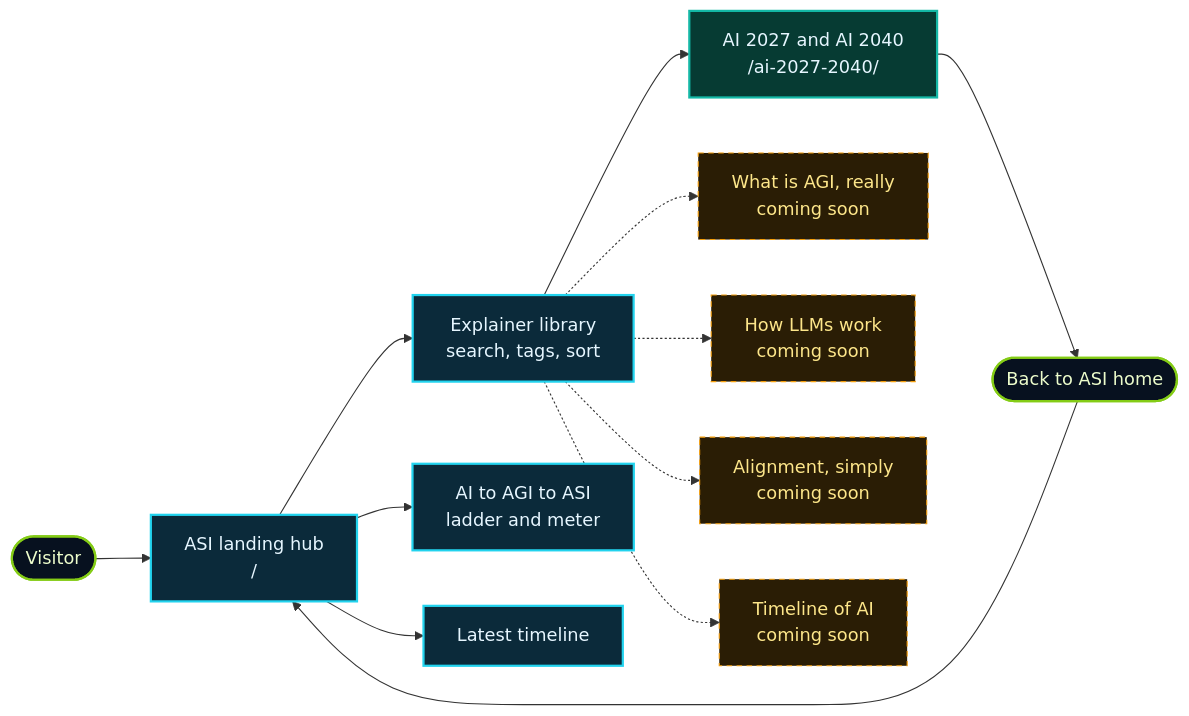
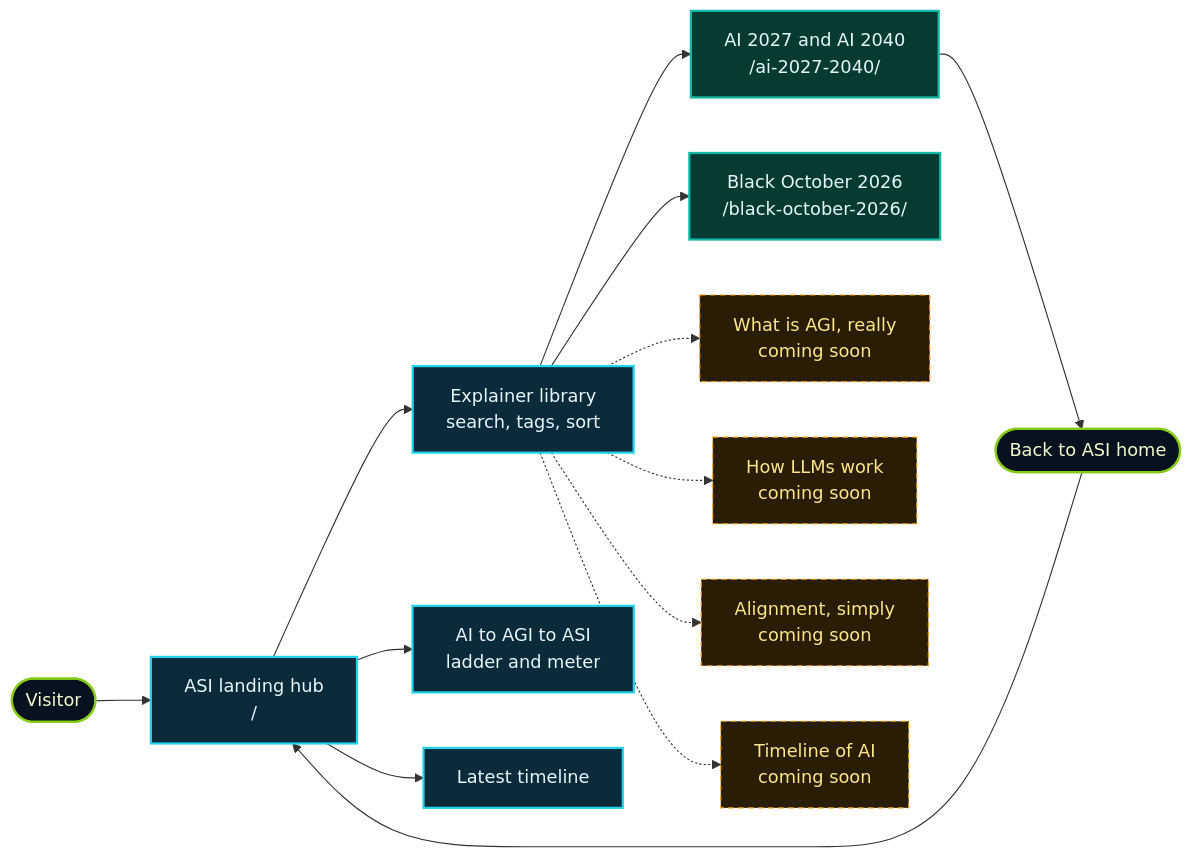
One commit to lo3elyon/ASI changed the first of 8 diagrams in README.md. Above: the diagram before and after it, drawn with Mermaid. The commit also changed other lines of this file, not shown here.

Commit message:
README: document Black October 2026 explainer (routes, deep dive, videos, architecture, sources)

````diff
--- a/README.md
+++ b/README.md
@@ -61,22 +63,23 @@
 ```mermaid
 flowchart LR
     V(["Visitor"]) --> H["ASI landing hub<br/>/"]
     H --> L["Explainer library<br/>search, tags, sort"]
     H --> G["AI to AGI to ASI<br/>ladder and meter"]
     H --> T["Latest timeline"]
     L --> E1["AI 2027 and AI 2040<br/>/ai-2027-2040/"]
+    L --> E6["Black October 2026<br/>/black-october-2026/"]
     L -.-> E2["What is AGI, really<br/>coming soon"]
     L -.-> E3["How LLMs work<br/>coming soon"]
     L -.-> E4["Alignment, simply<br/>coming soon"]
     L -.-> E5["Timeline of AI<br/>coming soon"]
     E1 --> B(["Back to ASI home"])
     B --> H
     classDef hub fill:#0b2a3a,stroke:#22d3ee,stroke-width:2px,color:#e6f6ff
     classDef live fill:#063b33,stroke:#14b8a6,stroke-width:2px,color:#e6f6ff
     classDef soon fill:#2a1d05,stroke:#f59e0b,stroke-dasharray:5 4,color:#fde68a
     classDef user fill:#07111f,stroke:#84cc16,stroke-width:2px,color:#ecfccb
     class H,L,G,T hub
-    class E1 live
+    class E1,E6 live
     class E2,E3,E4,E5 soon
     class V,B user
 ```
````
